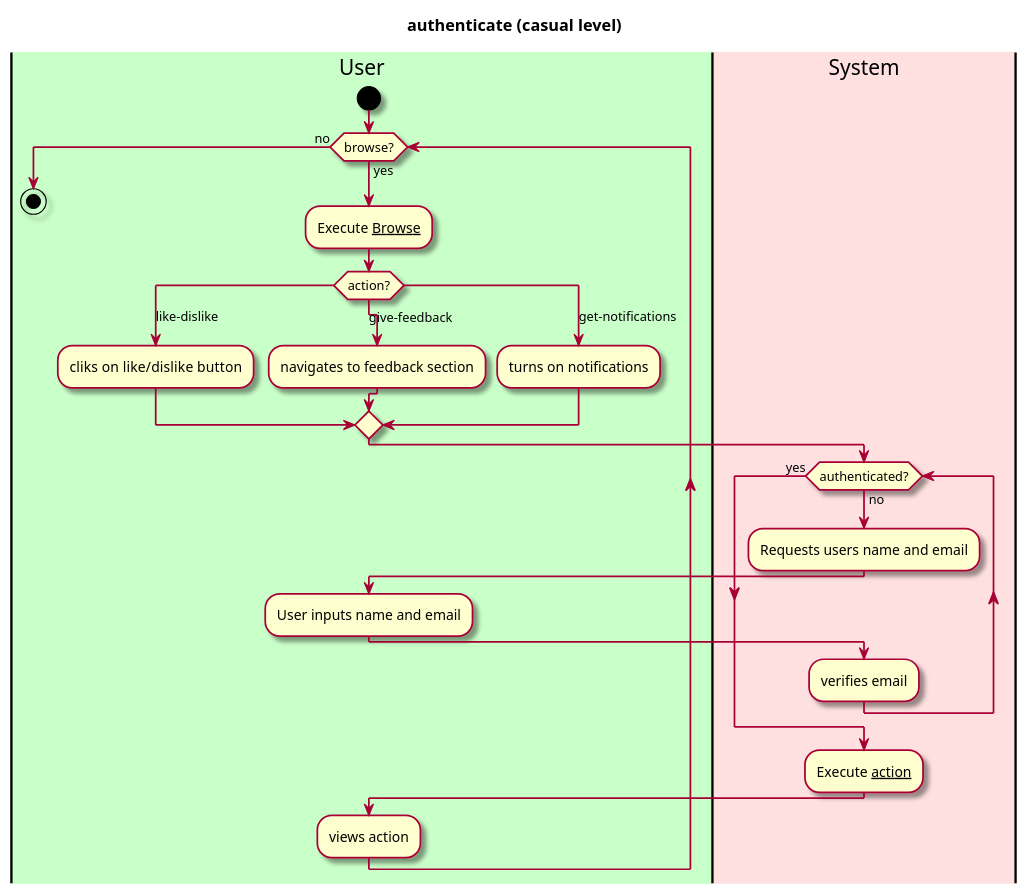
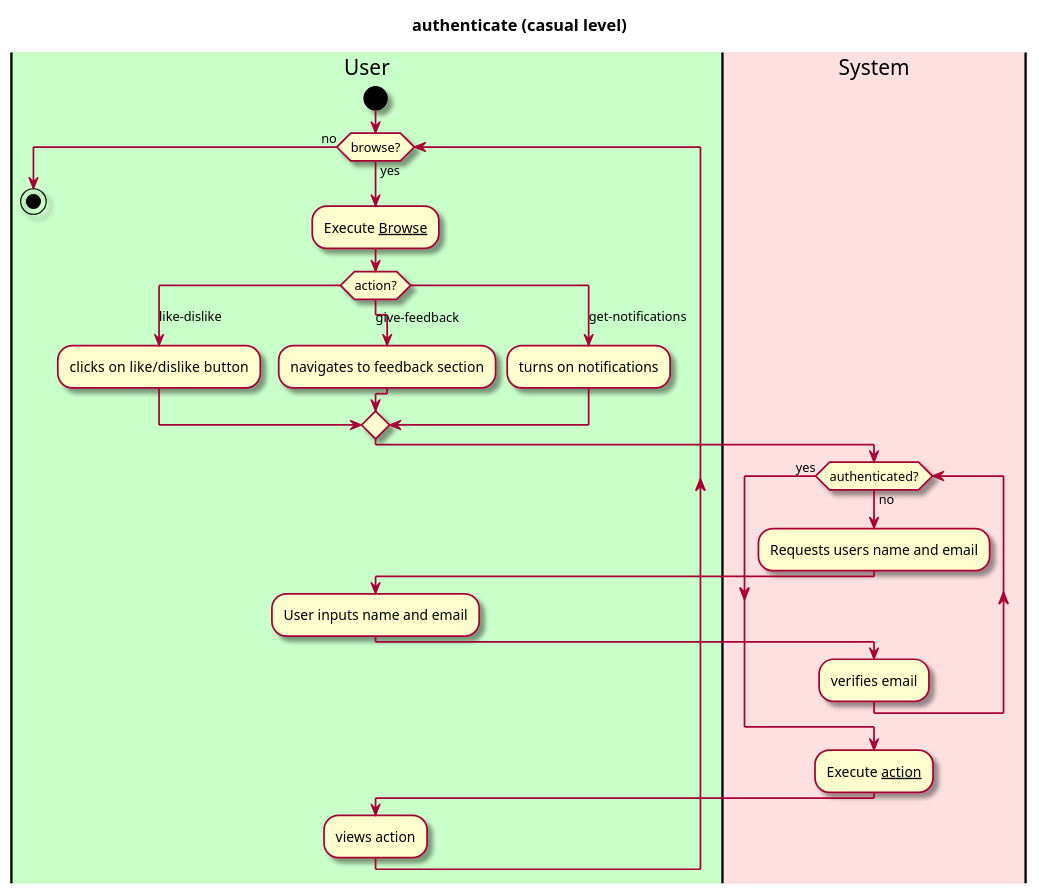
Before and after one commit to EzekielEkanem/team-1d: the diagram in intellij/doc/use-cases/use-case-authenticate.md, drawn with PlantUML. The commit also changed 7 other files, not shown here.

Commit message:
Updated get-notifications, like-dislike, preference, and authenticate use-cases

````diff
--- a/intellij/doc/use-cases/use-case-authenticate.md
+++ b/intellij/doc/use-cases/use-case-authenticate.md
@@ -22,46 +22,46 @@
 ```plantuml
 @startuml
 
 skin rose
 
 title authenticate (casual level)
 
 'define the lanes
 
 |#technology|User|
 |#implementation|System|
 
 
 |User|
 
 start
 
 while (browse?) is (yes) 
     :Execute __Browse__;
     switch (action?)
         case (like-dislike)
-            :cliks on like/dislike  button;
+            :clicks on like/dislike  button;
         case (give-feedback)
             :navigates to feedback section;
         case (get-notifications)
             :turns on notifications;
     endswitch 
     
     |System|
     while (authenticated?) is (no)
         :Requests users name and email;
         |User|
         :User inputs name and email;
         |System|
         :verifies email;
     endwhile(yes)
     :Execute __action__;
     
 
-|User|
-:views action;
+    |User|
+    :views action;
 endwhile(no)
 
 stop
 @enduml
 ```
````
